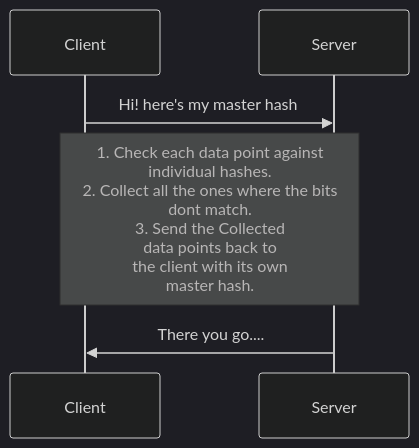
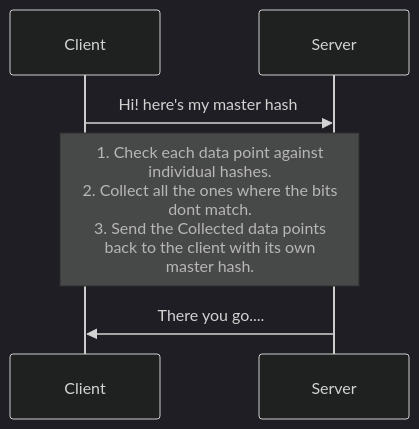
Before and after one commit to trshant-sugoi/stackedit: the first of 2 diagrams in drafts/2019-02-05-bloom-filter.md, drawn with Mermaid (dark theme). The commit also changed other lines of this file, not shown here.

Commit message:
drafts/2019-02-05-bloom-filter.md updated from https://stackedit.io/

````diff
--- a/drafts/2019-02-05-bloom-filter.md
+++ b/drafts/2019-02-05-bloom-filter.md
@@ -10,6 +10,8 @@
 ```mermaid
 sequenceDiagram
 Client ->> Server: Hi! here's my master hash
-Note over Server,Client: 1. Check each data point against <br/>individual hashes.<br/>2. Collect all the ones where the bits<br/> dont match.<br/>3. Send the Collected<br/> data points back to <br/>the client with its own<br/> master hash.
+
+Note over Server,Client: 1. Check each data point against <br/>individual hashes.<br/>2. Collect all the ones where the bits<br/> dont match.<br/>3. Send the Collected data points <br/>back to the client with its own<br/> master hash.
+
 Server ->> Client: There you go....
 ```
````
